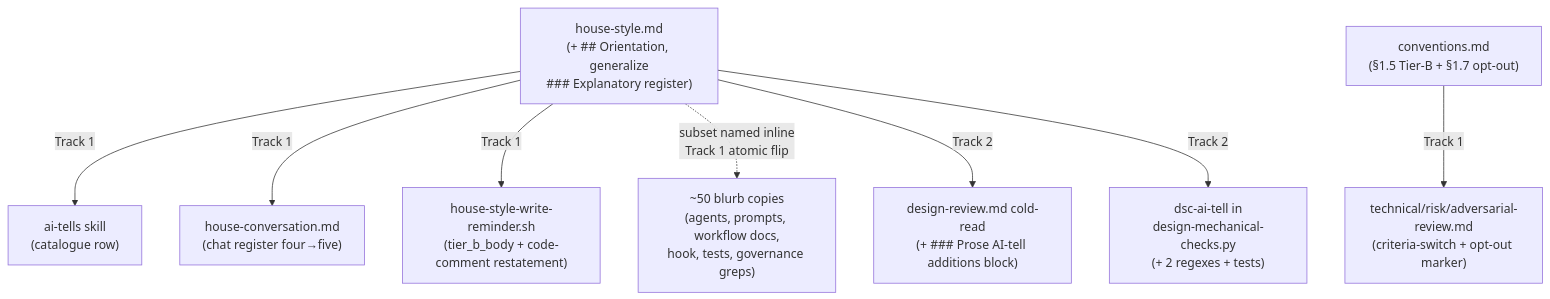
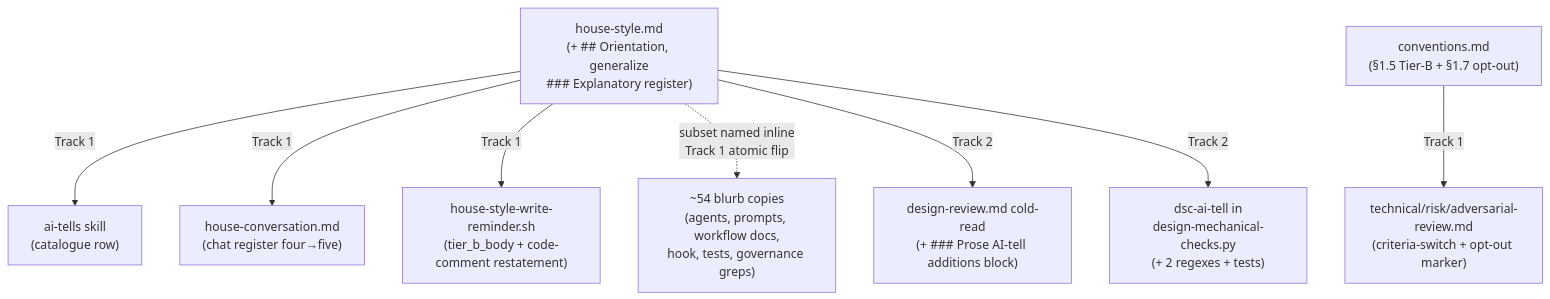
One commit to JetBrains/youtrackdb changed the diagram in docs/adr/explanation-style/_workflow/implementation-plan.md. Above: the diagram before and after it, drawn with Mermaid. The commit also changed other lines of this file and 5 other files, not shown here.

````diff
--- a/docs/adr/explanation-style/_workflow/implementation-plan.md
+++ b/docs/adr/explanation-style/_workflow/implementation-plan.md
@@ -52,12 +52,12 @@
 ```mermaid
 graph TD
     HS["house-style.md<br/>(+ ## Orientation, generalize<br/>### Explanatory register)"]
     CV["conventions.md<br/>(§1.5 Tier-B + §1.7 opt-out)"]
     HS -->|Track 1| AT["ai-tells skill<br/>(catalogue row)"]
     HS -->|Track 1| HC["house-conversation.md<br/>(chat register four→five)"]
     HS -->|Track 1| HK["house-style-write-reminder.sh<br/>(tier_b_body + code-comment restatement)"]
-    HS -. "subset named inline<br/>Track 1 atomic flip" .-> B50["~50 blurb copies<br/>(agents, prompts, workflow docs,<br/>hook, tests, governance greps)"]
+    HS -. "subset named inline<br/>Track 1 atomic flip" .-> B50["~54 blurb copies<br/>(agents, prompts, workflow docs,<br/>hook, tests, governance greps)"]
     CV -->|Track 1| RP["technical/risk/adversarial-review.md<br/>(criteria-switch + opt-out marker)"]
     HS -->|Track 2| CR["design-review.md cold-read<br/>(+ ### Prose AI-tell additions block)"]
     HS -->|Track 2| DM["dsc-ai-tell in<br/>design-mechanical-checks.py<br/>(+ 2 regexes + tests)"]
 ```
````
